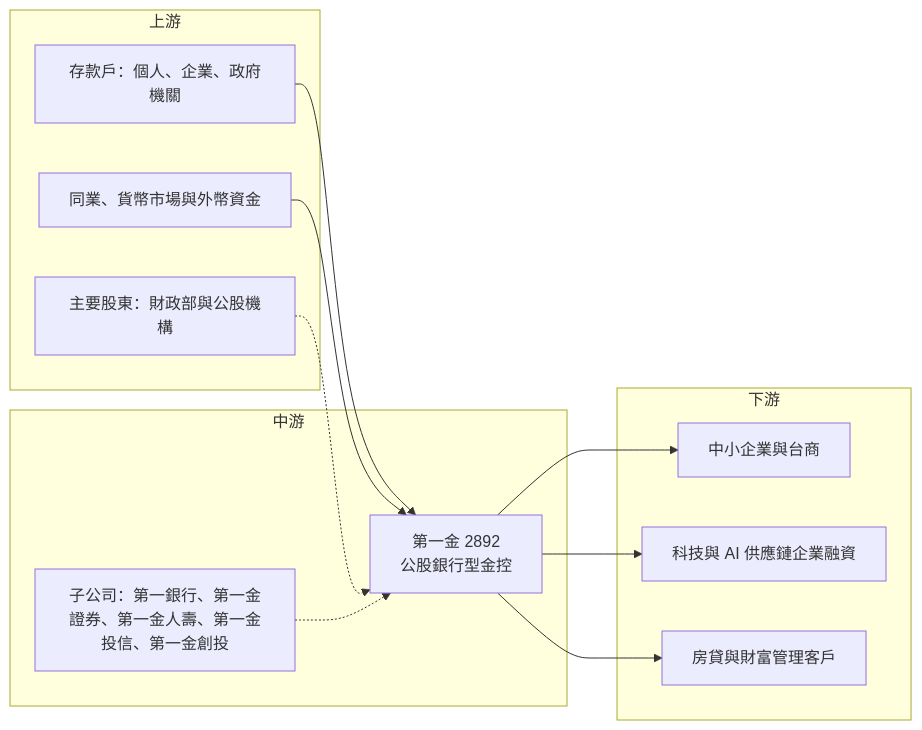
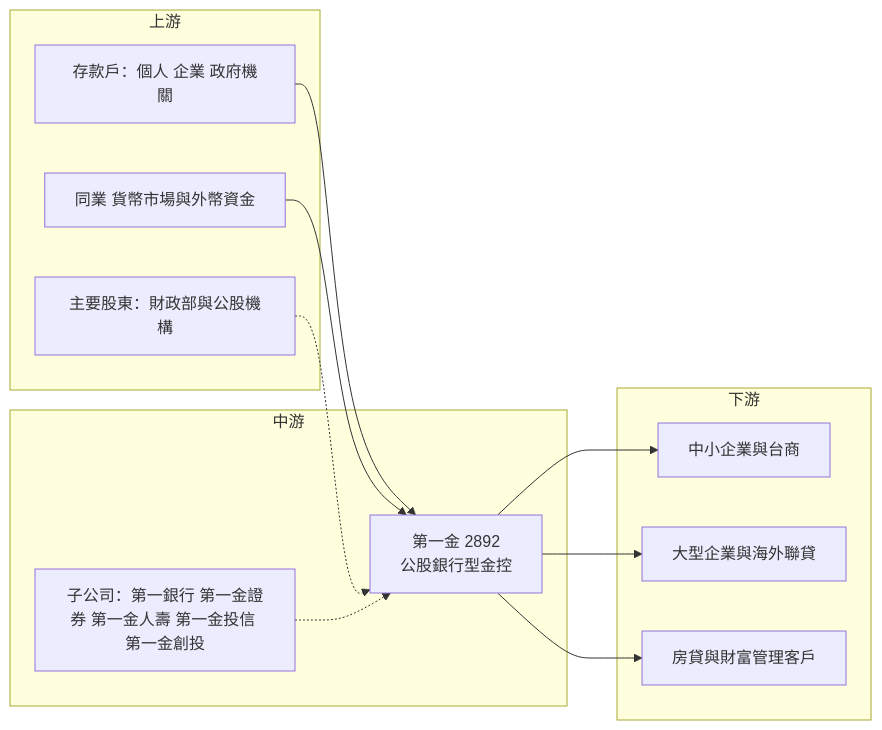
The fourth of 4 diagrams in 個股/台股/2892第一金.md (wangnick1004/taiwan-stock-vault), drawn with Mermaid before and after one commit. The commit also changed other lines of this file and 7 other files, not shown here.

````diff
--- a/個股/台股/2892第一金.md
+++ b/個股/台股/2892第一金.md
@@ -214,24 +220,24 @@
 ```mermaid
 flowchart LR
     subgraph 上游
-        A1[存款戶：個人、企業、政府機關]
-        A2[同業、貨幣市場與外幣資金]
+        A1[存款戶：個人 企業 政府機關]
+        A2[同業 貨幣市場與外幣資金]
         A3[主要股東：財政部與公股機構]
     end
     subgraph 中游
         B[第一金 2892<br/>公股銀行型金控]
-        B2[子公司：第一銀行、第一金證券、第一金人壽、第一金投信、第一金創投]
+        B2[子公司：第一銀行 第一金證券 第一金人壽 第一金投信 第一金創投]
     end
     subgraph 下游
         C1[中小企業與台商]
-        C2[科技與 AI 供應鏈企業融資]
+        C2[大型企業與海外聯貸]
         C3[房貸與財富管理客戶]
     end
     A1 --> B
     A2 --> B
     A3 -.-> B
     B2 -.-> B
     B --> C1
     B --> C2
     B --> C3
 ```
````
